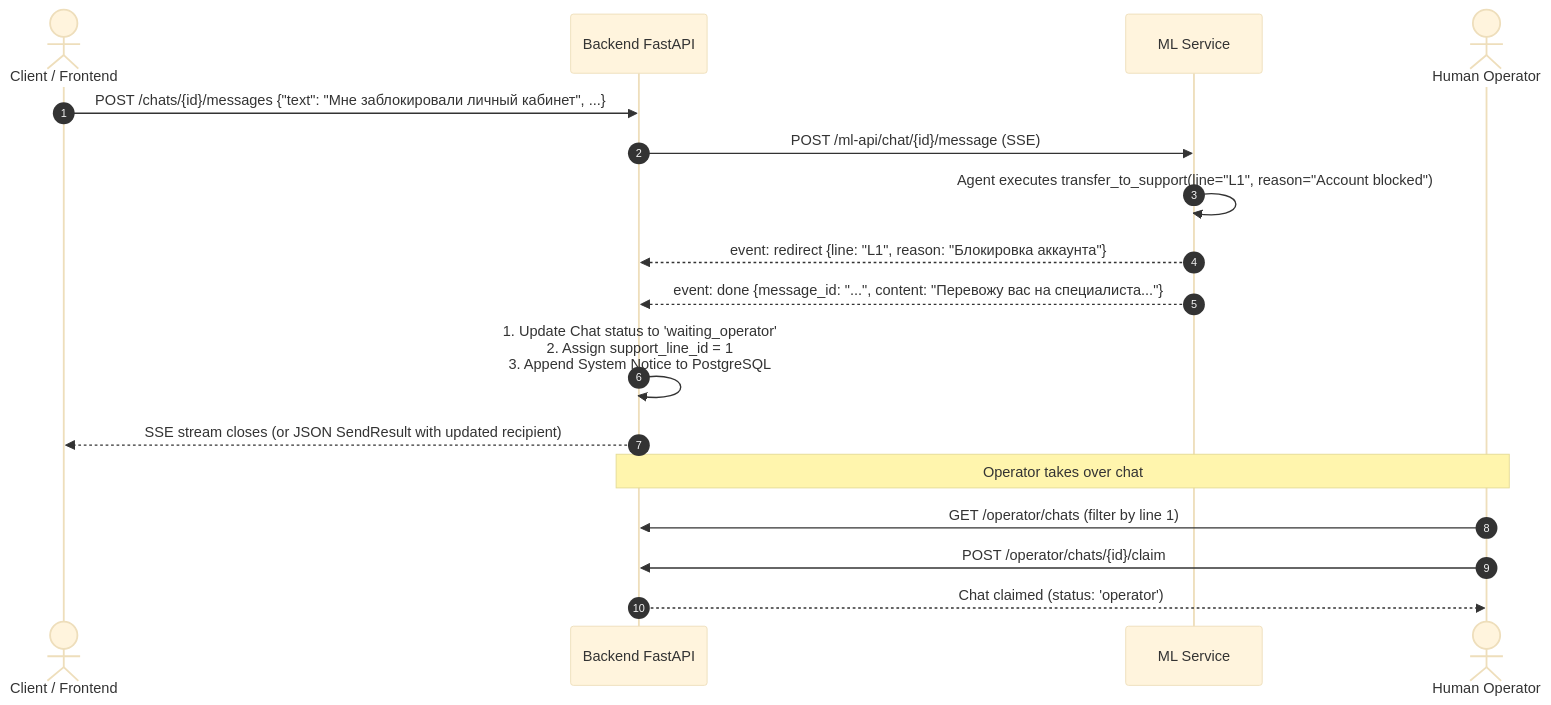
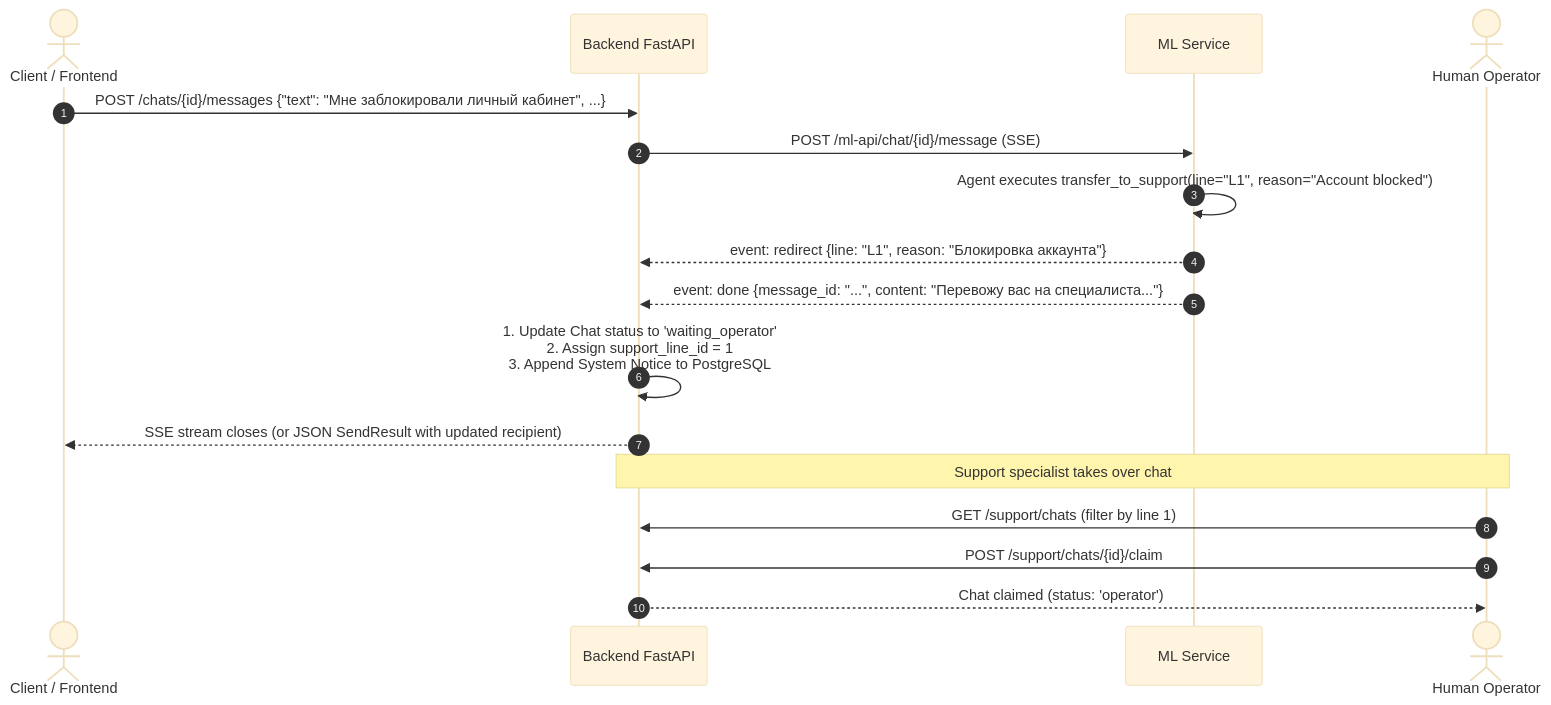
The second of 5 diagrams in backend/README.md (one-zero-eight/tenderhack-nizhniy-novgorod-innohassle), drawn with Mermaid (base theme) before and after one commit. The commit also changed other lines of this file and 7 other files, not shown here.

````diff
--- a/backend/README.md
+++ b/backend/README.md
@@ -164,22 +164,22 @@
 ```mermaid
 sequenceDiagram
     autonumber
     actor User as Client / Frontend
     participant Backend as Backend FastAPI
     participant ML as ML Service
     actor Operator as Human Operator
 
     User->>Backend: POST /chats/{id}/messages {"text": "Мне заблокировали личный кабинет", ...}
     Backend->>ML: POST /ml-api/chat/{id}/message (SSE)
     ML->>ML: Agent executes transfer_to_support(line="L1", reason="Account blocked")
     ML-->>Backend: event: redirect {line: "L1", reason: "Блокировка аккаунта"}
     ML-->>Backend: event: done {message_id: "...", content: "Перевожу вас на специалиста..."}
 
     Backend->>Backend: 1. Update Chat status to 'waiting_operator'<br/>2. Assign support_line_id = 1<br/>3. Append System Notice to PostgreSQL
     Backend-->>User: SSE stream closes (or JSON SendResult with updated recipient)
 
-    Note over Operator, Backend: Operator takes over chat
-    Operator->>Backend: GET /operator/chats (filter by line 1)
-    Operator->>Backend: POST /operator/chats/{id}/claim
+    Note over Operator, Backend: Support specialist takes over chat
+    Operator->>Backend: GET /support/chats (filter by line 1)
+    Operator->>Backend: POST /support/chats/{id}/claim
     Backend-->>Operator: Chat claimed (status: 'operator')
 ```
````
